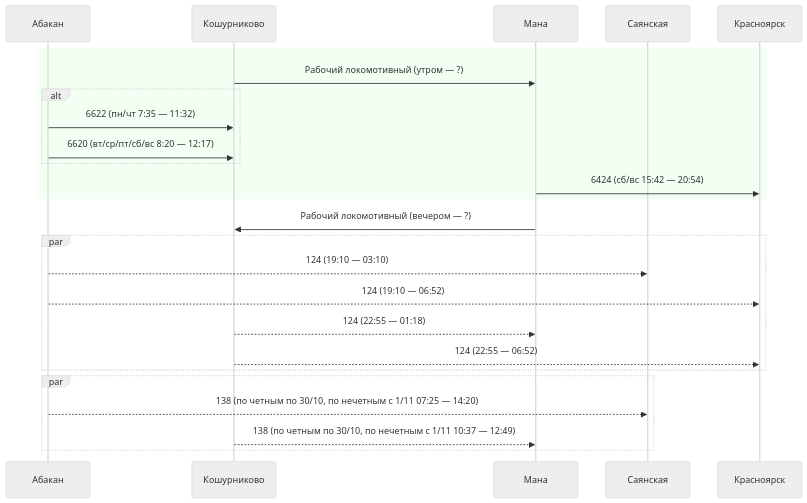
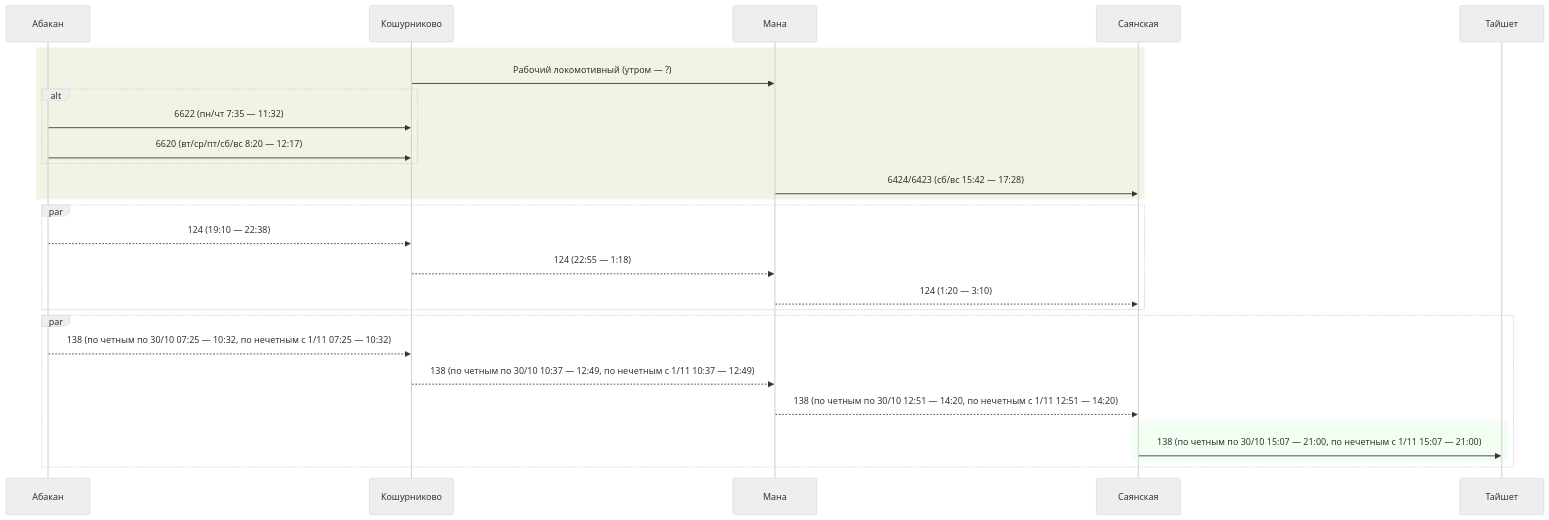
One commit to u0feff/Pezda changed diagram 11 of 18 in Schedule/Eastbound.md. Above: the diagram before and after it, drawn with Mermaid (neutral theme). The commit also changed other lines of this file and 7 other files, not shown here.

````diff
--- a/Schedule/Eastbound.md
+++ b/Schedule/Eastbound.md
@@ -387,33 +417,35 @@
 ```mermaid
 sequenceDiagram
     participant Абакан
     participant Кошурниково
     participant Мана
     participant Саянская
-    participant Красноярск
+    participant Тайшет
 
-    rect rgba(0, 255, 0, 0.05)
+    rect rgba(127, 127, 0, 0.1)
     Кошурниково->>Мана: Рабочий локомотивный (утром — ?)
 
     alt
     Абакан->>Кошурниково: 6622 (пн/чт 7:35 — 11:32)
     Абакан->>Кошурниково: 6620 (вт/ср/пт/сб/вс 8:20 — 12:17)
     end
 
-    Мана->>Красноярск: 6424 (сб/вс 15:42 — 20:54)
-    end
-
-    Мана->>Кошурниково: Рабочий локомотивный (вечером — ?)
-
-    par
-    Абакан-->>Саянская: 124 (19:10 — 03:10)
-    Абакан-->>Красноярск: 124 (19:10 — 06:52)
-    Кошурниково-->>Мана: 124 (22:55 — 01:18)
-    Кошурниково-->>Красноярск: 124 (22:55 — 06:52)
+    Мана->>Саянская: 6424/6423 (сб/вс 15:42 — 17:28)
+    # Саянская->>Красноярск: 6424/6423 (сб/вс 17:29 — 20:54)
     end
 
     par
-    Абакан-->>Саянская: 138 (по четным по 30/10, по нечетным с 1/11 07:25 — 14:20)
-    Кошурниково-->>Мана: 138 (по четным по 30/10, по нечетным с 1/11 10:37 — 12:49)
+    Абакан-->>Кошурниково: 124 (19:10 — 22:38)
+    Кошурниково-->>Мана: 124 (22:55 — 1:18)
+    Мана-->>Саянская: 124 (1:20 — 3:10)
+    end
+
+    par
+    Абакан-->>Кошурниково: 138 (по четным по 30/10 07:25 — 10:32, по нечетным с 1/11 07:25 — 10:32)
+    Кошурниково-->>Мана: 138 (по четным по 30/10 10:37 — 12:49, по нечетным с 1/11 10:37 — 12:49)
+    Мана-->>Саянская: 138 (по четным по 30/10 12:51 — 14:20, по нечетным с 1/11 12:51 — 14:20)
+    rect rgba(0, 255, 0, 0.05)
+    Саянская->>Тайшет: 138 (по четным по 30/10 15:07 — 21:00, по нечетным с 1/11 15:07 — 21:00)
+    end
     end
 ```
````
